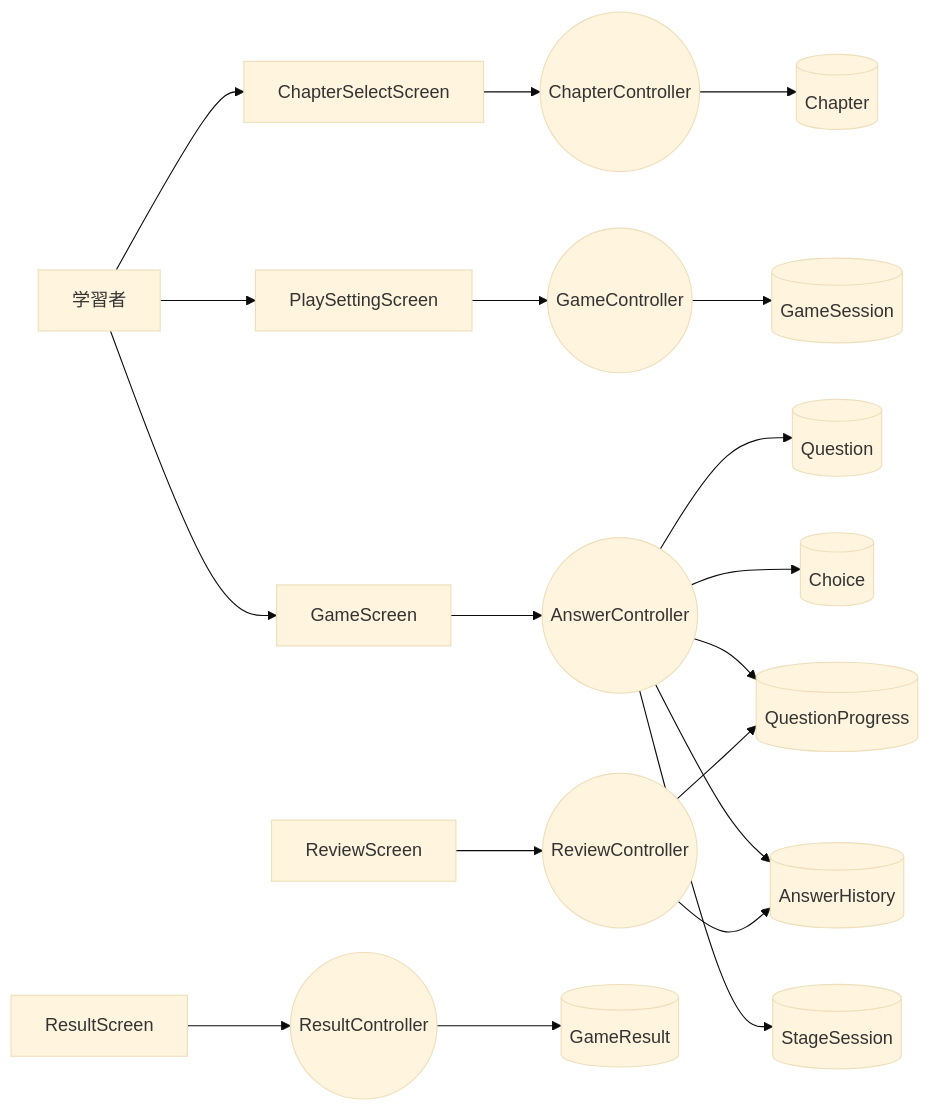
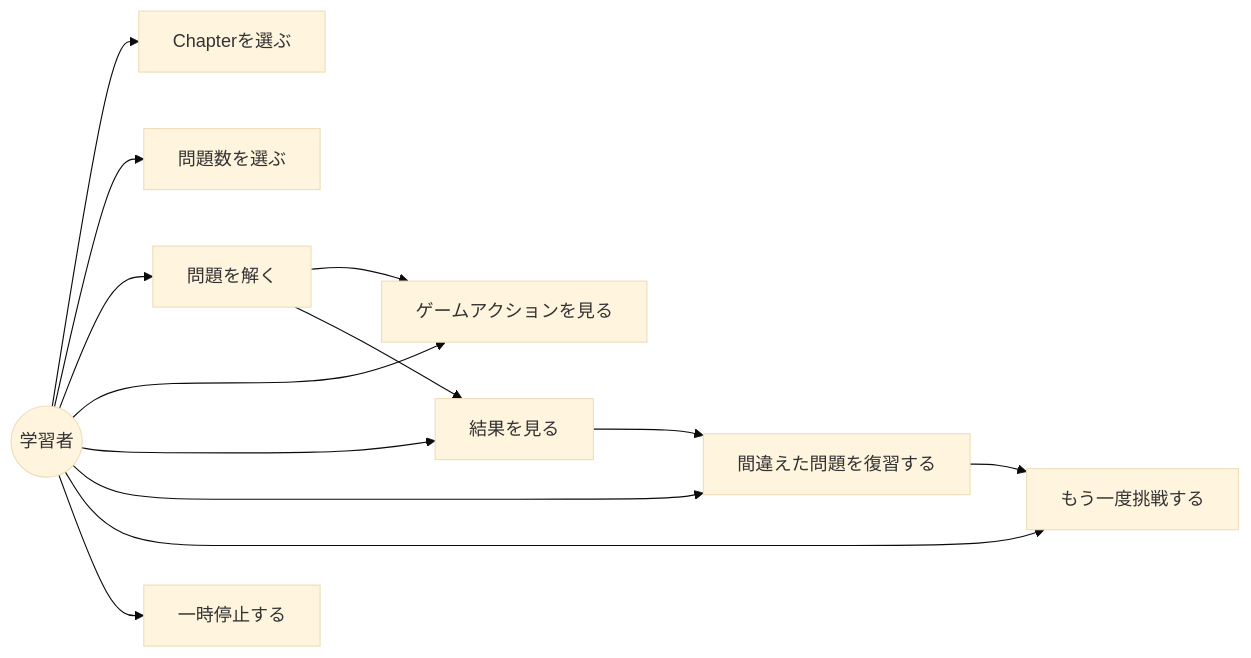
Before and after one commit to suu-dev-0203/graduation_JAVAgame: the sixth of 15 diagrams in README.md, drawn with Mermaid (base theme). The commit also changed other lines of this file, not shown here.

First line of the commit message:
READMEを初心者向けに更新し、ゲーム仕様と設計図を整理

````diff
--- a/README.md
+++ b/README.md
@@ -1753,48 +1533,26 @@
 ```mermaid
 flowchart LR
-    U[学習者]
+    U((学習者))
+    A[Chapterを選ぶ]
+    B[問題数を選ぶ]
+    C[問題を解く]
+    D[ゲームアクションを見る]
+    E[結果を見る]
+    F[間違えた問題を復習する]
+    G[もう一度挑戦する]
+    H[一時停止する]
 
-    B1[ChapterSelectScreen]
-    B2[PlaySettingScreen]
-    B3[GameScreen]
-    B4[ResultScreen]
-    B5[ReviewScreen]
+    U --> A
+    U --> B
+    U --> C
+    U --> D
+    U --> E
+    U --> F
+    U --> G
+    U --> H
 
-    C1((ChapterController))
-    C2((GameController))
-    C3((AnswerController))
-    C4((ResultController))
-    C5((ReviewController))
-
-    E1[(Chapter)]
-    E2[(Question)]
-    E3[(Choice)]
-    E4[(QuestionProgress)]
-    E5[(AnswerHistory)]
-    E6[(GameSession)]
-    E7[(StageSession)]
-    E8[(GameResult)]
-
-    U --> B1
-    B1 --> C1
-    C1 --> E1
-
-    U --> B2
-    B2 --> C2
-    C2 --> E6
-
-    U --> B3
-    B3 --> C3
-    C3 --> E2
-    C3 --> E3
-    C3 --> E4
-    C3 --> E5
-    C3 --> E7
-
-    B4 --> C4
-    C4 --> E8
-
-    B5 --> C5
-    C5 --> E4
-    C5 --> E5
+    C --> D
+    C --> E
+    E --> F
+    F --> G
 ```
````
